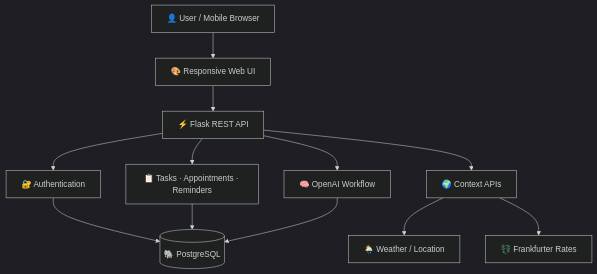
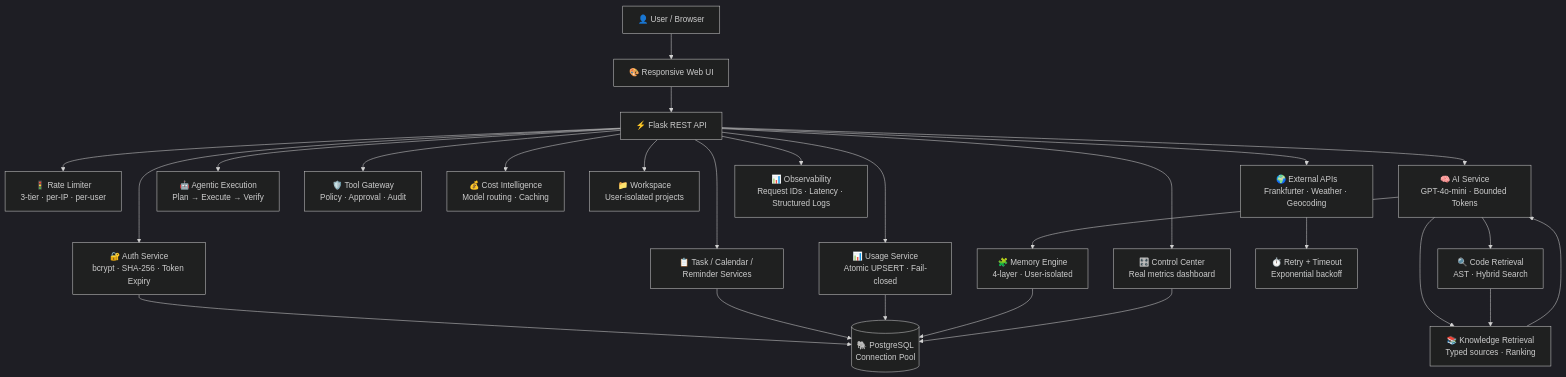
Before and after one commit to aminazimi42-coder/Personal-ai-assistent: the first of 4 diagrams in README.md, drawn with Mermaid (dark theme). The commit also changed other lines of this file and 8 other files, not shown here.

````diff
--- a/README.md
+++ b/README.md
@@ -112,14 +131,34 @@
 ```mermaid
 flowchart TD
-    U["👤 User / Mobile Browser"] --> UI["🎨 Responsive Web UI"]
+    U["👤 User / Browser"] --> UI["🎨 Responsive Web UI"]
     UI --> API["⚡ Flask REST API"]
-    API --> AUTH["🔐 Authentication"]
-    API --> CORE["📋 Tasks · Appointments · Reminders"]
-    API --> AI["🧠 OpenAI Workflow"]
-    API --> EXT["🌍 Context APIs"]
-    AUTH --> DB[("🐘 PostgreSQL")]
+
+    API --> AUTH["🔐 Auth Service\nbcrypt · SHA-256 · Token Expiry"]
+    API --> RL["🚦 Rate Limiter\n3-tier · per-IP · per-user"]
+    API --> QUOTA["📊 Usage Service\nAtomic UPSERT · Fail-closed"]
+
+    API --> CORE["📋 Task / Calendar / Reminder Services"]
+    API --> AI["🧠 AI Service\nGPT-4o-mini · Bounded Tokens"]
+    API --> AGENT["🤖 Agentic Execution\nPlan → Execute → Verify"]
+    API --> GATEWAY["🛡️ Tool Gateway\nPolicy · Approval · Audit"]
+    API --> COST["💰 Cost Intelligence\nModel routing · Caching"]
+    API --> WS["📁 Workspace\nUser-isolated projects"]
+
+    AUTH --> DB[("🐘 PostgreSQL\nConnection Pool")]
     CORE --> DB
-    AI --> DB
-    EXT --> WX["🌦️ Weather / Location"]
-    EXT --> FX["💱 Frankfurter Rates"]
+    QUOTA --> DB
+    AI --> MEM["🧩 Memory Engine\n4-layer · User-isolated"]
+    AI --> RET["🔍 Code Retrieval\nAST · Hybrid Search"]
+    AI --> KR["📚 Knowledge Retrieval\nTyped sources · Ranking"]
+    MEM --> DB
+    RET --> KR
+    KR --> AI
+
+    API --> EXT["🌍 External APIs\nFrankfurter · Weather · Geocoding"]
+    EXT --> RT["⏱️ Retry + Timeout\nExponential backoff"]
+
+    API --> CC["🎛️ Control Center\nReal metrics dashboard"]
+    CC --> DB
+
+    API --> OBS["📊 Observability\nRequest IDs · Latency · Structured Logs"]
 ```
````
